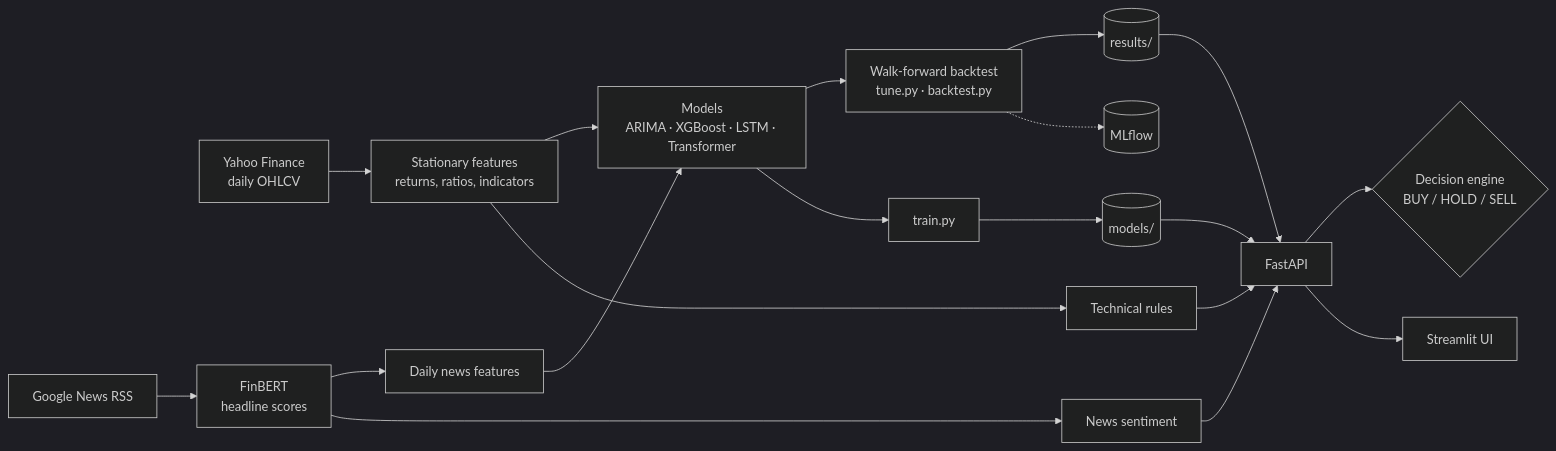
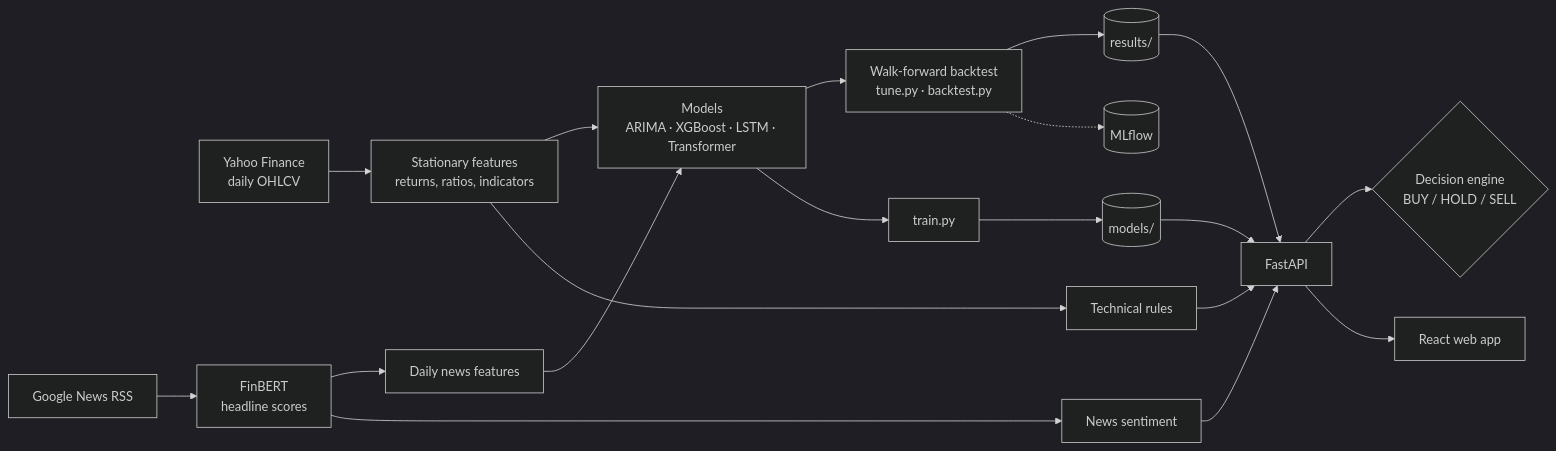
One commit to mohnish4code/Multi-Module-Stock-Prediction changed the diagram in README.md. Above: the diagram before and after it, drawn with Mermaid (dark theme). The commit also changed other lines of this file and 44 other files, not shown here.

First line of the commit message:
Replace the Streamlit dashboard with a React + TypeScript web app

````diff
--- a/README.md
+++ b/README.md
@@ -88,20 +95,20 @@
 ```mermaid
 flowchart LR
     Y[Yahoo Finance<br/>daily OHLCV] --> FE[Stationary features<br/>returns, ratios, indicators]
     G[Google News RSS] --> FB[FinBERT<br/>headline scores]
     FB --> NF[Daily news features]
     FE --> M[Models<br/>ARIMA · XGBoost · LSTM · Transformer]
     NF --> M
     M --> BT[Walk-forward backtest<br/>tune.py · backtest.py]
     BT --> R[(results/)]
     BT -.-> MLF[(MLflow)]
     M --> TR[train.py] --> MD[(models/)]
     MD --> API[FastAPI]
     FE --> TA[Technical rules]
     FB --> NS[News sentiment]
     TA --> API
     NS --> API
     R --> API
     API --> DE{Decision engine<br/>BUY / HOLD / SELL}
-    API --> UI[Streamlit UI]
+    API --> UI[React web app]
 ```
````
